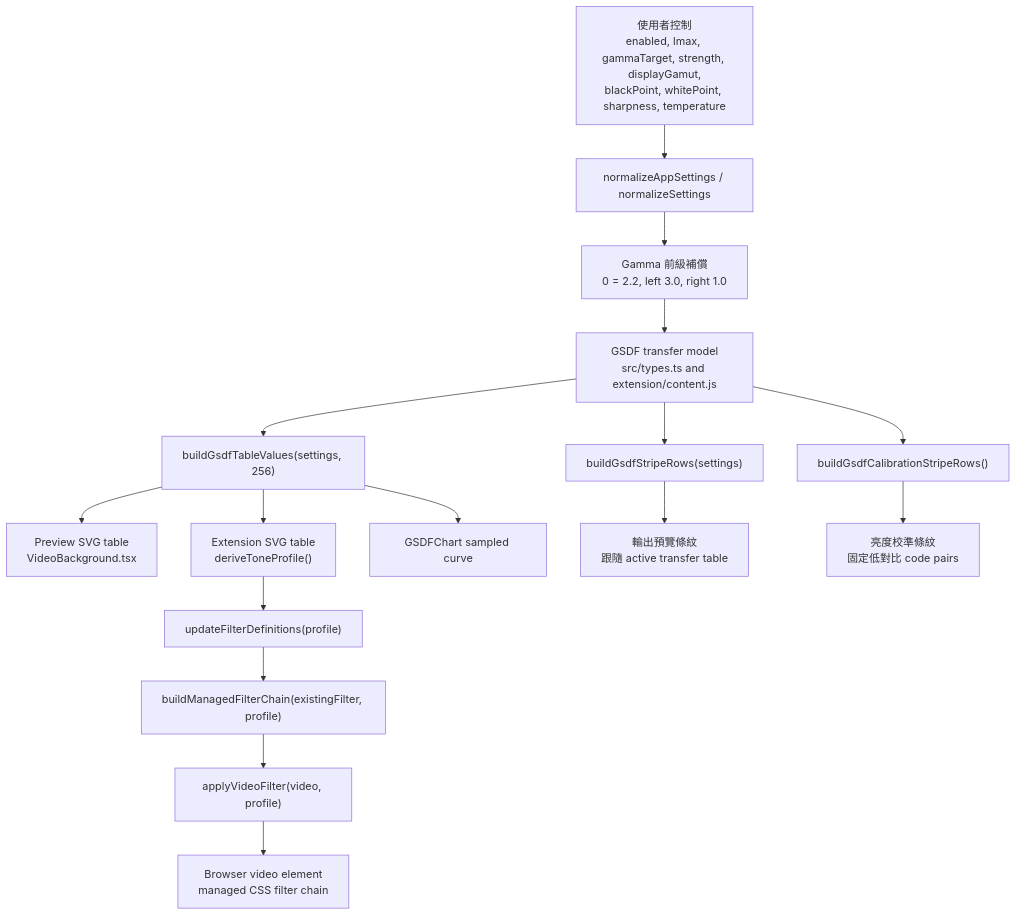
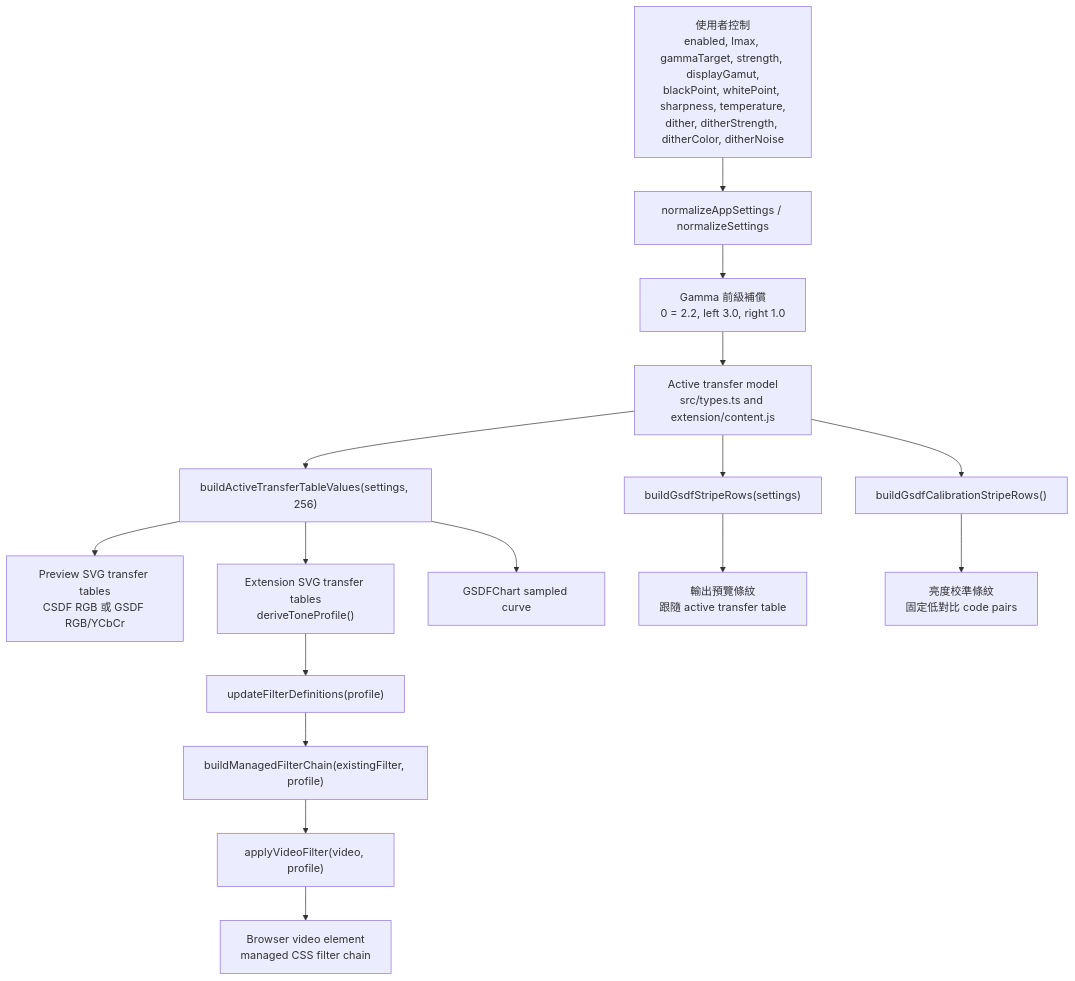
One commit to pingqLIN/gsdf-eotf-video-adjuster changed the first of 3 diagrams in docs/gsdf-model.ZHTW.md. Above: the diagram before and after it, drawn with Mermaid. The commit also changed other lines of this file and 17 other files, not shown here.

````diff
--- a/docs/gsdf-model.ZHTW.md
+++ b/docs/gsdf-model.ZHTW.md
@@ -80,18 +80,18 @@
 ```mermaid
 flowchart TD
-  A["使用者控制<br/>enabled, lmax, gammaTarget, strength, displayGamut,<br/>blackPoint, whitePoint, sharpness, temperature"] --> B["normalizeAppSettings / normalizeSettings"]
+  A["使用者控制<br/>enabled, lmax, gammaTarget, strength, displayGamut,<br/>blackPoint, whitePoint, sharpness, temperature,<br/>dither, ditherStrength, ditherColor, ditherNoise"] --> B["normalizeAppSettings / normalizeSettings"]
   B --> C["Gamma 前級補償<br/>0 = 2.2, left 3.0, right 1.0"]
-  C --> D["GSDF transfer model<br/>src/types.ts and extension/content.js"]
-  D --> E["buildGsdfTableValues(settings, 256)"]
+  C --> D["Active transfer model<br/>src/types.ts and extension/content.js"]
+  D --> E["buildActiveTransferTableValues(settings, 256)"]
   D --> F["buildGsdfStripeRows(settings)"]
   D --> G["buildGsdfCalibrationStripeRows()"]
-  E --> H["Preview SVG table<br/>VideoBackground.tsx"]
-  E --> I["Extension SVG table<br/>deriveToneProfile()"]
+  E --> H["Preview SVG transfer tables<br/>CSDF RGB 或 GSDF RGB/YCbCr"]
+  E --> I["Extension SVG transfer tables<br/>deriveToneProfile()"]
   E --> J["GSDFChart sampled curve"]
   F --> K["輸出預覽條紋<br/>跟隨 active transfer table"]
   G --> L["亮度校準條紋<br/>固定低對比 code pairs"]
   I --> M["updateFilterDefinitions(profile)"]
   M --> N["buildManagedFilterChain(existingFilter, profile)"]
   N --> O["applyVideoFilter(video, profile)"]
   O --> P["Browser video element<br/>managed CSS filter chain"]
 ```
````
